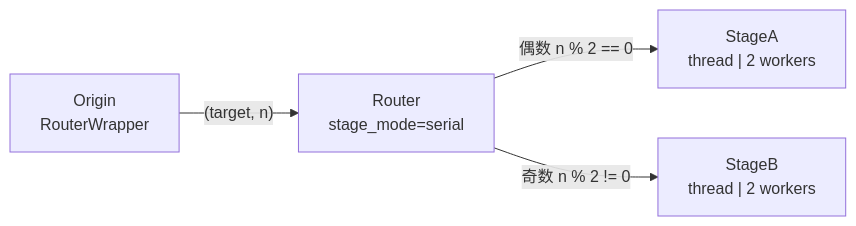
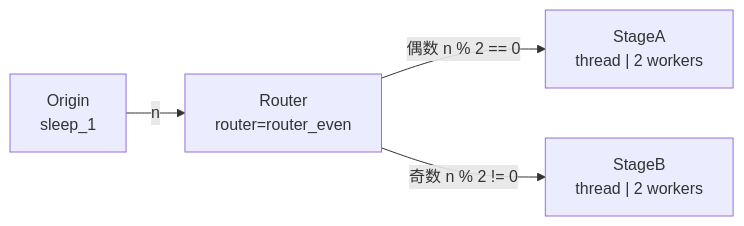
The second of 2 diagrams in docs/zh-CN/demo/demo_stages.md (Mr-xiaotian/CelestialFlow), drawn with Mermaid before and after one commit. The commit also changed other lines of this file and 5 other files, not shown here.

````diff
--- a/docs/zh-CN/demo/demo_stages.md
+++ b/docs/zh-CN/demo/demo_stages.md
@@ -37,6 +37,6 @@
 ```mermaid
 flowchart LR
-    Origin["Origin<br/>RouterWrapper"] -->|"(target, n)"| Router["Router<br/>stage_mode=serial"]
+    Origin["Origin<br/>sleep_1"] -->|"n"| Router["Router<br/>router=router_even"]
     Router -->|偶数 n % 2 == 0| StageA["StageA<br/>thread | 2 workers"]
     Router -->|奇数 n % 2 != 0| StageB["StageB<br/>thread | 2 workers"]
 ```
````
